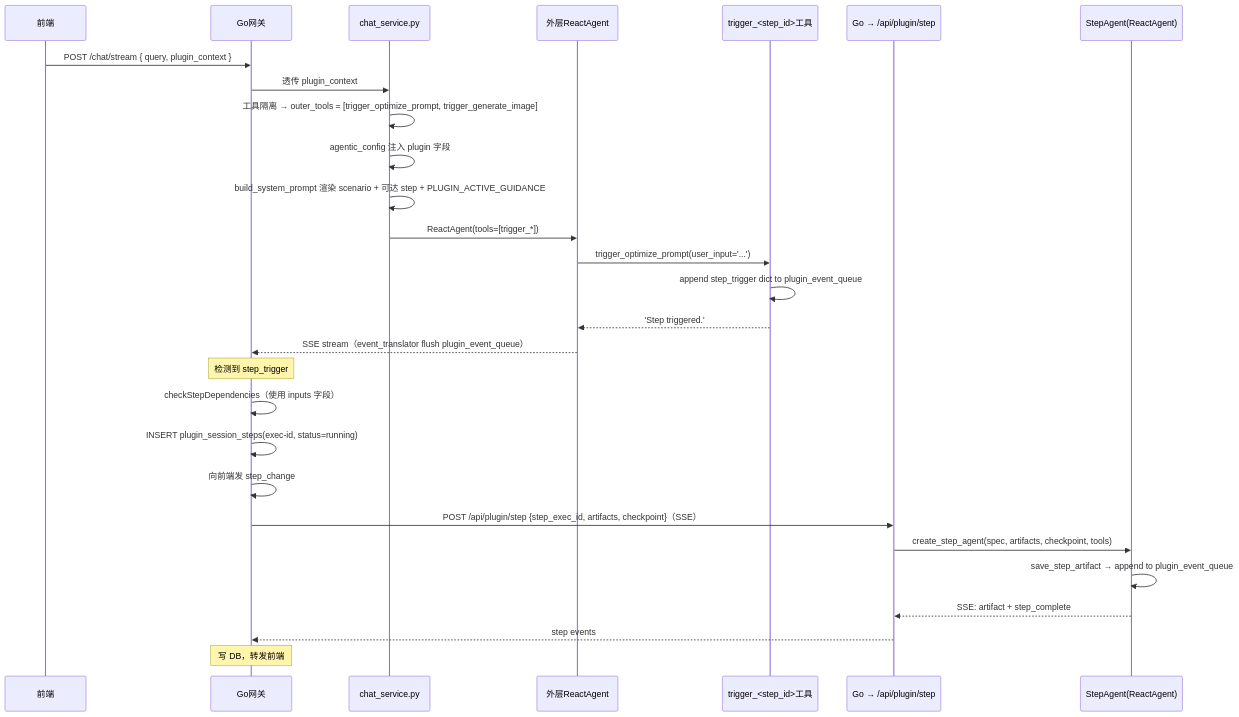
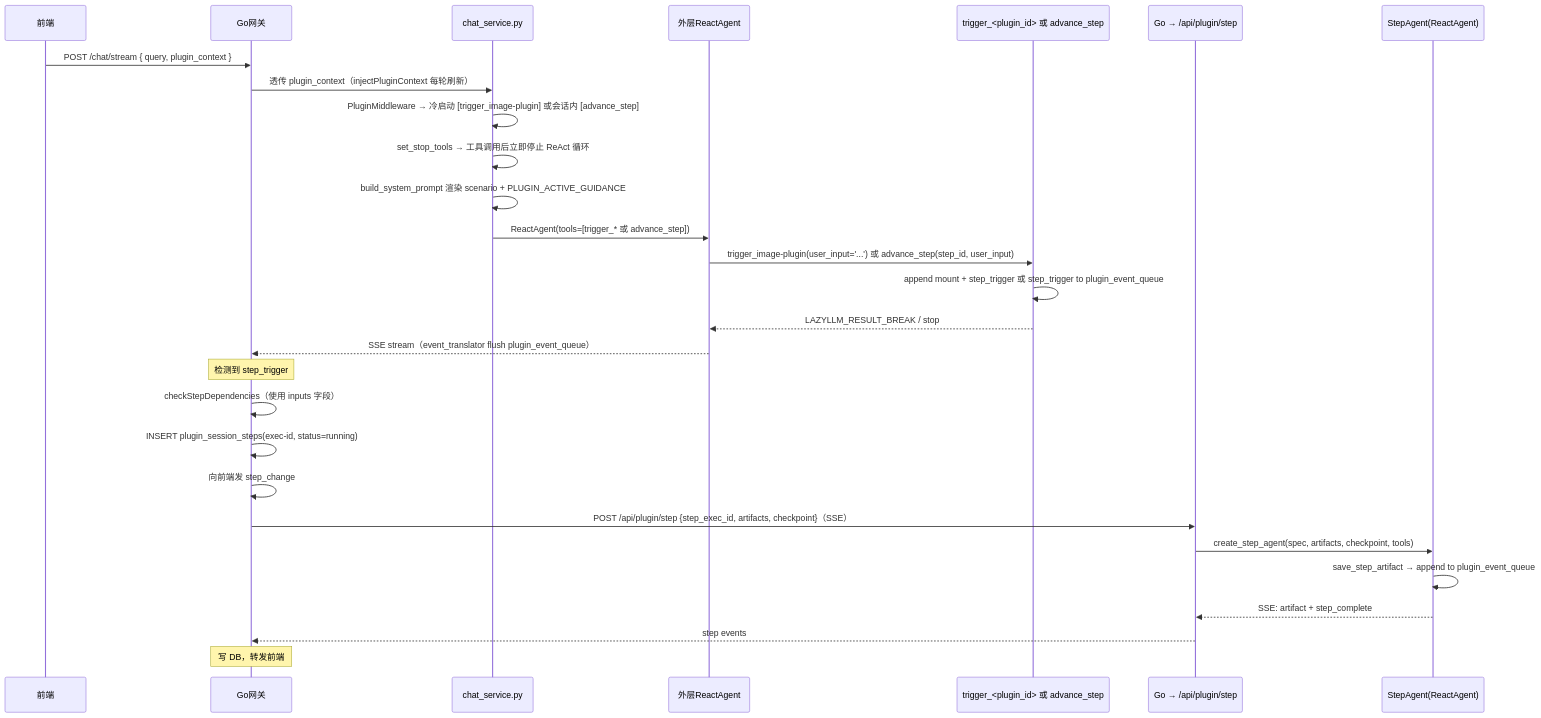
The fourth of 4 diagrams in plugin/plans/milestones/M1-poc-scenario-foundation.md (LazyAGI/LazyMind), drawn with Mermaid before and after one commit. The commit also changed other lines of this file, not shown here.

````diff
--- a/plugin/plans/milestones/M1-poc-scenario-foundation.md
+++ b/plugin/plans/milestones/M1-poc-scenario-foundation.md
@@ -1394,31 +1444,31 @@
 ```mermaid
 sequenceDiagram
     participant FE as 前端
     participant Go as Go网关
     participant Chat as chat_service.py
     participant OuterAgent as 外层ReactAgent
-    participant TriggerTool as trigger_<step_id>工具
+    participant TriggerTool as trigger_<plugin_id> 或 advance_step
     participant GoStepCall as Go → /api/plugin/step
     participant StepAgent as StepAgent(ReactAgent)
 
     FE->>Go: POST /chat/stream { query, plugin_context }
-    Go->>Chat: 透传 plugin_context
-    Chat->>Chat: 工具隔离 → outer_tools = [trigger_optimize_prompt, trigger_generate_image]
-    Chat->>Chat: agentic_config 注入 plugin 字段
-    Chat->>Chat: build_system_prompt 渲染 scenario + 可达 step + PLUGIN_ACTIVE_GUIDANCE
-    Chat->>OuterAgent: ReactAgent(tools=[trigger_*])
-    OuterAgent->>TriggerTool: trigger_optimize_prompt(user_input='...')
-    TriggerTool->>TriggerTool: append step_trigger dict to plugin_event_queue
-    TriggerTool-->>OuterAgent: 'Step triggered.'
+    Go->>Chat: 透传 plugin_context（injectPluginContext 每轮刷新）
+    Chat->>Chat: PluginMiddleware → 冷启动 [trigger_image-plugin] 或会话内 [advance_step]
+    Chat->>Chat: set_stop_tools → 工具调用后立即停止 ReAct 循环
+    Chat->>Chat: build_system_prompt 渲染 scenario + PLUGIN_ACTIVE_GUIDANCE
+    Chat->>OuterAgent: ReactAgent(tools=[trigger_* 或 advance_step])
+    OuterAgent->>TriggerTool: trigger_image-plugin(user_input='...') 或 advance_step(step_id, user_input)
+    TriggerTool->>TriggerTool: append mount + step_trigger 或 step_trigger to plugin_event_queue
+    TriggerTool-->>OuterAgent: LAZYLLM_RESULT_BREAK / stop
     OuterAgent-->>Go: SSE stream（event_translator flush plugin_event_queue）
     Note over Go: 检测到 step_trigger
     Go->>Go: checkStepDependencies（使用 inputs 字段）
     Go->>Go: INSERT plugin_session_steps(exec-id, status=running)
     Go->>Go: 向前端发 step_change
     Go->>GoStepCall: POST /api/plugin/step {step_exec_id, artifacts, checkpoint}（SSE）
     GoStepCall->>StepAgent: create_step_agent(spec, artifacts, checkpoint, tools)
     StepAgent->>StepAgent: save_step_artifact → append to plugin_event_queue
     StepAgent-->>GoStepCall: SSE: artifact + step_complete
     GoStepCall-->>Go: step events
     Note over Go: 写 DB，转发前端
 ```
````
